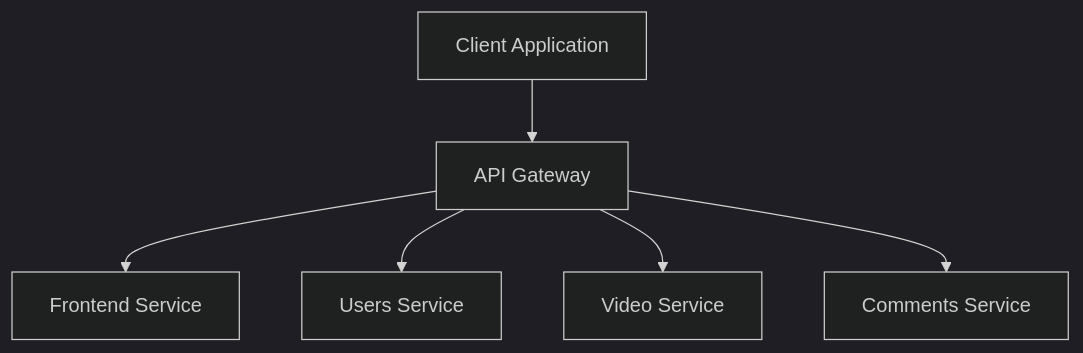
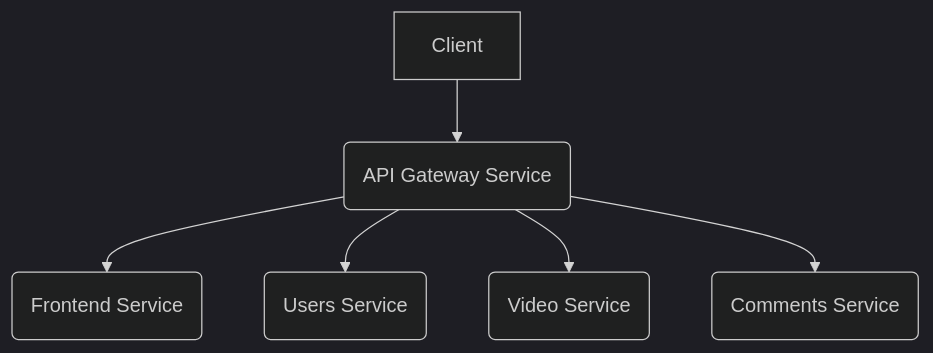
The sixth of 13 diagrams in software_architecture_large_scale_systems.md (ulises-jimenez07/learning_notes), drawn with Mermaid (dark theme) before and after one commit. The commit also changed other lines of this file, not shown here.

````diff
--- a/software_architecture_large_scale_systems.md
+++ b/software_architecture_large_scale_systems.md
@@ -108,8 +270,8 @@
 ```mermaid
 graph TD
-    Client[Client Application] --> AG[API Gateway];
-    AG --> Frontend[Frontend Service];
-    AG --> Users[Users Service];
-    AG --> Video[Video Service];
-    AG --> Comments[Comments Service];
+    A[Client] --> B(API Gateway Service);
+    B --> C(Frontend Service);
+    B --> D(Users Service);
+    B --> E(Video Service);
+    B --> F(Comments Service);
 ```
````
